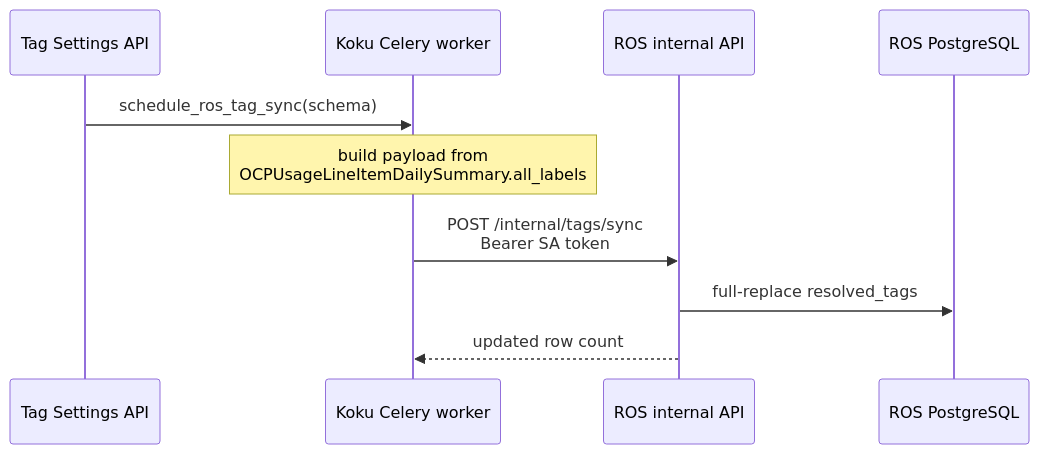
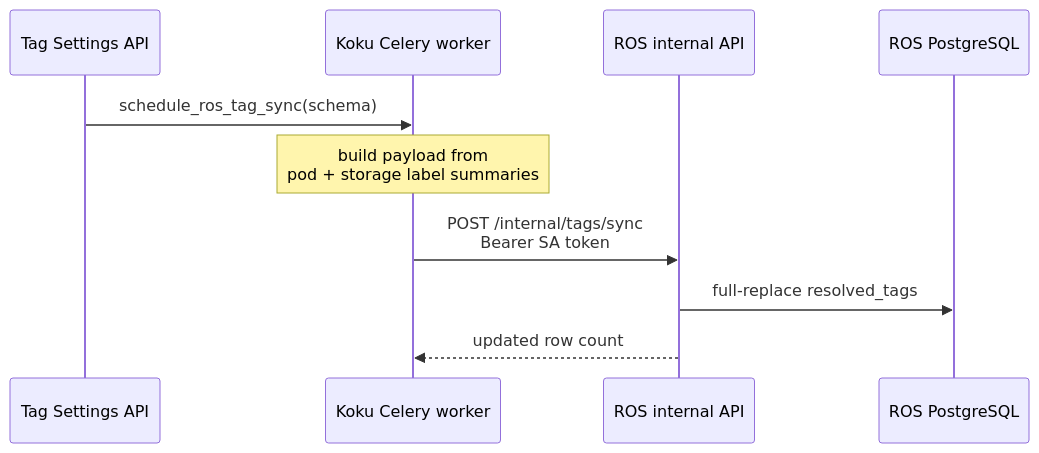
Before and after one commit to pgarciaq/koku: the second of 2 diagrams in docs/architecture/ros-ocp-integration.md, drawn with Mermaid. The commit also changed 2 other files, not shown here.

Commit message:
fix(#814): sync every tag value instead of the alphabetically first
build_namespace_tags_payload projected sorted(values)[0], so api-mode
storage kept one value per key while tag_keys advertised the whole union:
filter[tag:environment]=staging could not find a namespace that also ran
production, and the catalog could advertise a value no namespace held.

Emit the sorted union. ROS has stored and matched arrays since #814
cycle 1 (ros-ocp-backend 92553f33, 62eebe24) and normalizes whatever
arrives, so the change needs no ROS coordination and tolerates either
shape during rollout.

Tests: the collapse test becomes the union test (pod and storage
sources, catalog agreement) and a new order-independence test builds the
payload from reversed rows and asserts equal JSON. Two tests that
asserted scalars elsewhere are updated to the same contract.

Also corrects docs/architecture/ros-ocp-integration.md: the payload
source is the pod + storage label summaries, not all_labels (stale
since #770).

Refs: pgarciaq/ros-ocp-backend#814

````diff
--- a/docs/architecture/ros-ocp-integration.md
+++ b/docs/architecture/ros-ocp-integration.md
@@ -418,12 +418,12 @@
 ```mermaid
 sequenceDiagram
     participant Settings as Tag Settings API
     participant Worker as Koku Celery worker
     participant ROS as ROS internal API
     participant DB as ROS PostgreSQL
     Settings->>Worker: schedule_ros_tag_sync(schema)
-    Note over Worker: build payload from<br/>OCPUsageLineItemDailySummary.all_labels
+    Note over Worker: build payload from<br/>pod + storage label summaries
     Worker->>ROS: POST /internal/tags/sync<br/>Bearer SA token
     ROS->>DB: full-replace resolved_tags
     ROS-->>Worker: updated row count
 ```
````
